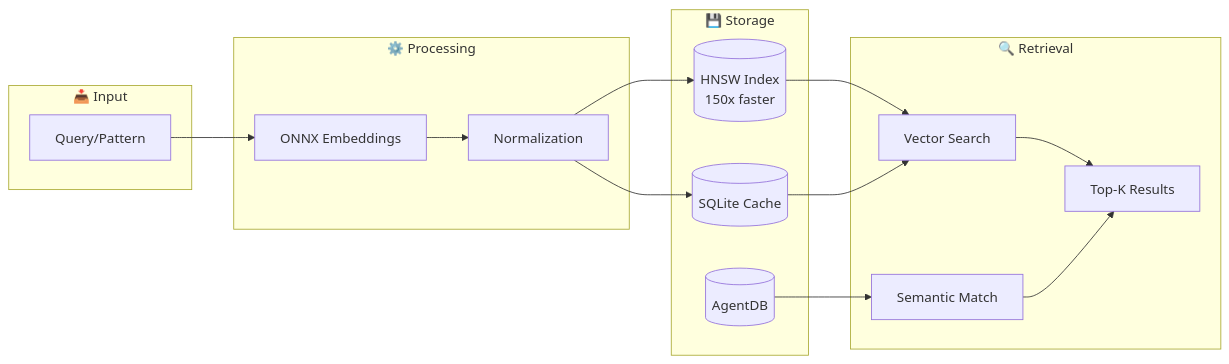
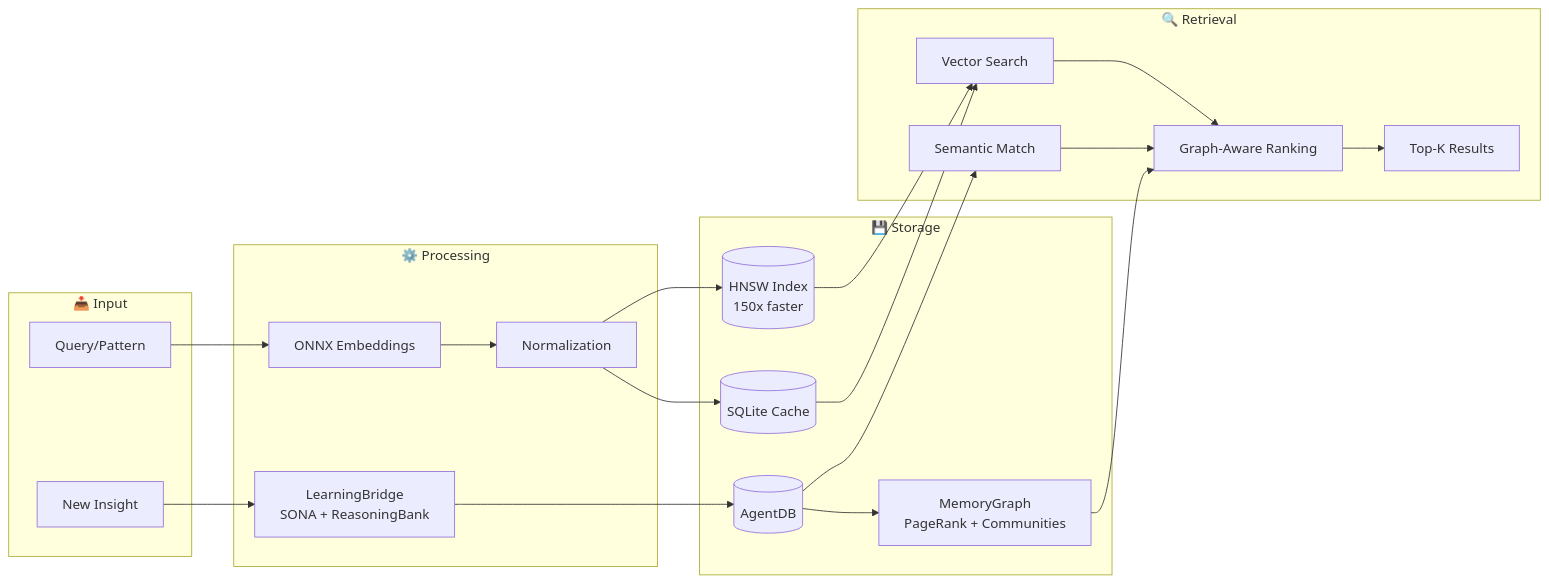
The fourth of 6 diagrams in README.md (sashakobtsev21-stack/my_agents), drawn with Mermaid before and after one commit. The commit also changed other lines of this file, not shown here.

Commit message:
Checkpoint: File edits
Automatic checkpoint created by Claude Code
- Branch: rebrand/ruvflow-umbrella
- Timestamp: 2026-02-08T16:50:43Z
- Changes: 1 file(s)

🤖 Generated with [Claude Code](https://claude.com/claude-code)

````diff
--- a/README.md
+++ b/README.md
@@ -948,33 +948,42 @@
 ```mermaid
 flowchart LR
     subgraph Input["📥 Input"]
         Query[Query/Pattern]
+        Insight[New Insight]
     end
 
     subgraph Processing["⚙️ Processing"]
         Embed[ONNX Embeddings]
         Normalize[Normalization]
+        Learn[LearningBridge<br/>SONA + ReasoningBank]
     end
 
     subgraph Storage["💾 Storage"]
         HNSW[(HNSW Index<br/>150x faster)]
         SQLite[(SQLite Cache)]
         AgentDB[(AgentDB)]
+        Graph[MemoryGraph<br/>PageRank + Communities]
     end
 
     subgraph Retrieval["🔍 Retrieval"]
         Vector[Vector Search]
         Semantic[Semantic Match]
+        Rank[Graph-Aware Ranking]
         Results[Top-K Results]
     end
 
     Query --> Embed
     Embed --> Normalize
     Normalize --> HNSW
     Normalize --> SQLite
+    Insight --> Learn
+    Learn --> AgentDB
+    AgentDB --> Graph
     HNSW --> Vector
     SQLite --> Vector
     AgentDB --> Semantic
-    Vector --> Results
-    Semantic --> Results
+    Vector --> Rank
+    Semantic --> Rank
+    Graph --> Rank
+    Rank --> Results
 ```
````
